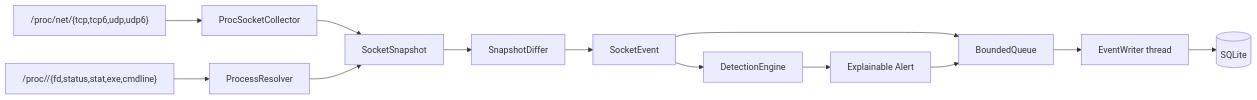
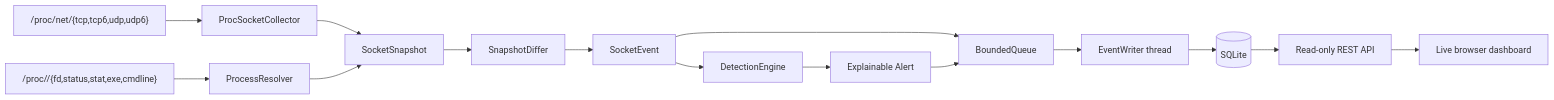
Before and after one commit to ShayaanRashedin/netwatch: the diagram in README.md, drawn with Mermaid. The commit also changed other lines of this file and 13 other files, not shown here.

First line of the commit message:
feat: add REST API and live observability dashboard

````diff
--- a/README.md
+++ b/README.md
@@ -41,15 +48,17 @@
 ```mermaid
 flowchart LR
     A["/proc/net/{tcp,tcp6,udp,udp6}"] --> B[ProcSocketCollector]
     D["/proc/<pid>/{fd,status,stat,exe,cmdline}"] --> E[ProcessResolver]
     B --> F[SocketSnapshot]
     E --> F
     F --> G[SnapshotDiffer]
     G --> H[SocketEvent]
     H --> I[DetectionEngine]
     I --> J[Explainable Alert]
     H --> K[BoundedQueue]
     J --> K
     K --> L[EventWriter thread]
     L --> M[(SQLite)]
+    M --> N[Read-only REST API]
+    N --> O[Live browser dashboard]
 ```
````
